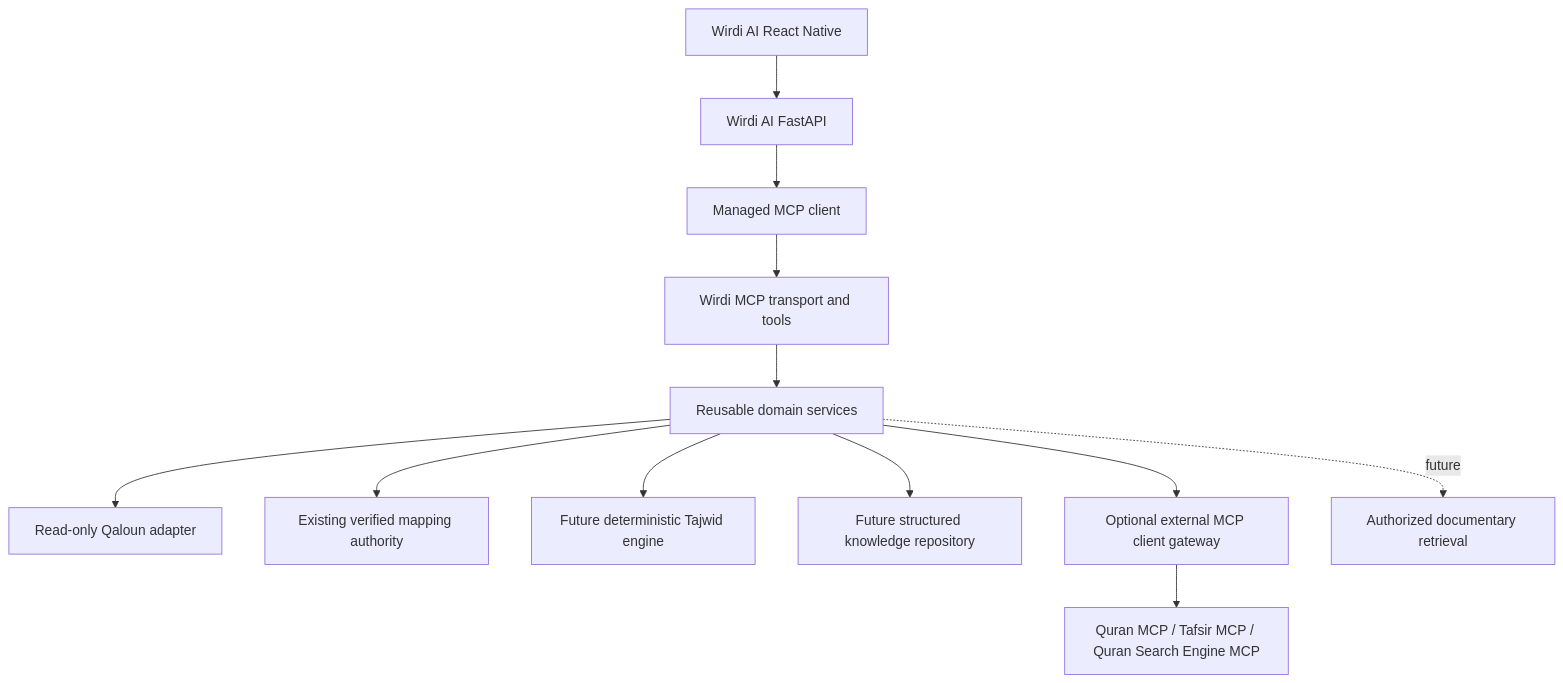
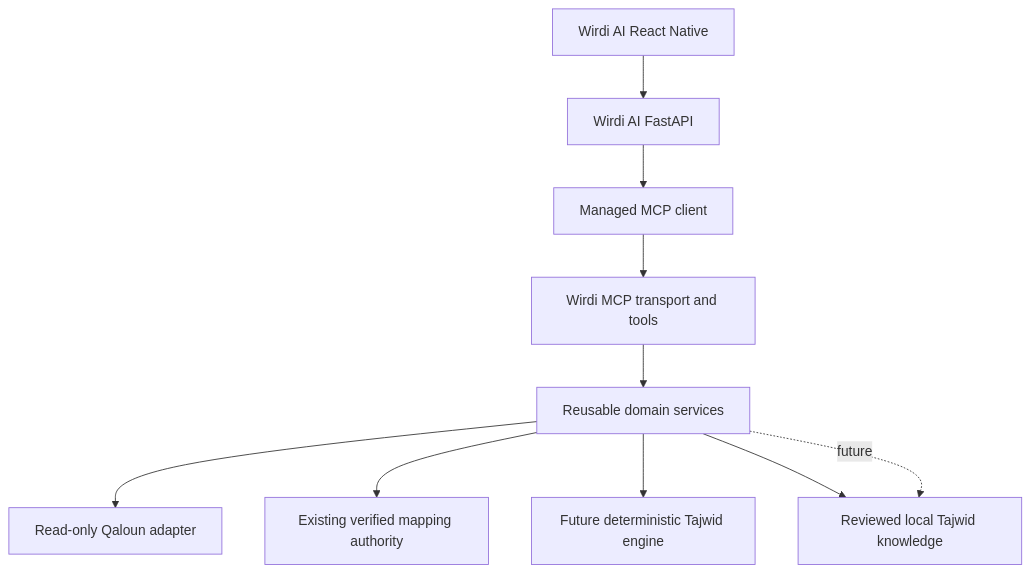
Before and after one commit to kousay11/tajwiid-MCP: the diagram in README.md, drawn with Mermaid. The commit also changed other lines of this file and 42 other files, not shown here.

Commit message:
Baseline: local Tajwid foundation (providers removed), ignore licensed sources

````diff
--- a/README.md
+++ b/README.md
@@ -149,14 +113,12 @@
 ```mermaid
 flowchart TD
     Mobile[Wirdi AI React Native] --> Backend[Wirdi AI FastAPI]
     Backend --> Client[Managed MCP client]
     Client --> Server[Wirdi MCP transport and tools]
     Server --> Domain[Reusable domain services]
     Domain --> Data[Read-only Qaloun adapter]
     Domain --> Mapping[Existing verified mapping authority]
     Domain --> Rules[Future deterministic Tajwid engine]
     Domain --> Knowledge[Future structured knowledge repository]
-    Domain --> Gateway[Optional external MCP client gateway]
-    Gateway --> Providers[Quran MCP / Tafsir MCP / Quran Search Engine MCP]
-    Domain -. future .-> RAG[Authorized documentary retrieval]
+    Domain -. future .-> Knowledge[Reviewed local Tajwid knowledge]
 ```
````
